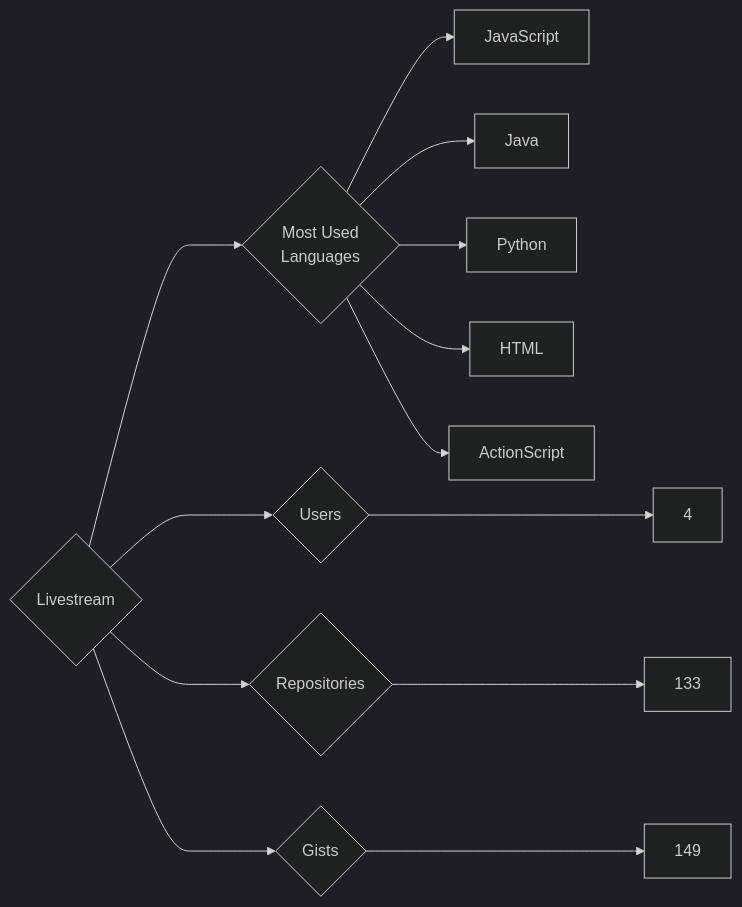
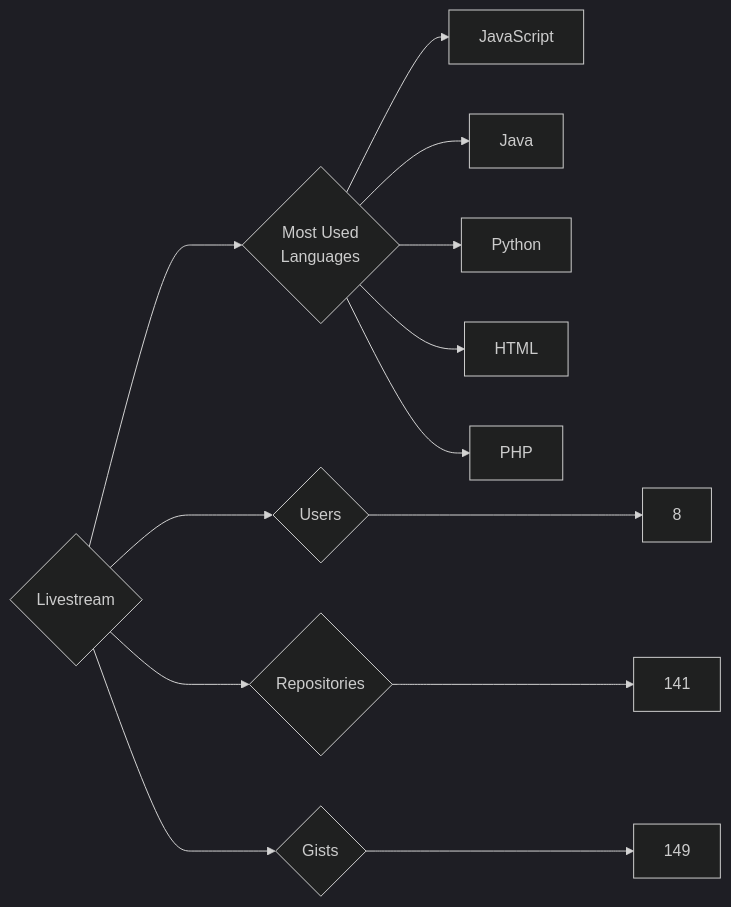
Before and after one commit to trickest/insiders: the diagram in targets/Livestream/README.md, drawn with Mermaid (dark theme). The commit also changed 750 other files, not shown here.

````diff
--- a/targets/Livestream/README.md
+++ b/targets/Livestream/README.md
@@ -3,13 +3,13 @@
 ```mermaid
 graph LR
 COMPANY_NAME{Livestream}
-COMPANY_NAME ---> U{Users} ---> UN[4]
-COMPANY_NAME ---> R{Repositories} ---> RN[133]
+COMPANY_NAME ---> U{Users} ---> UN[8]
+COMPANY_NAME ---> R{Repositories} ---> RN[141]
 COMPANY_NAME ---> G{Gists} ---> GN[149]
 COMPANY_NAME ---> ML{Most Used<br>Languages}
 ML --> JavaScript[JavaScript]
 ML --> Java[Java]
 ML --> Python[Python]
 ML --> HTML[HTML]
-ML --> ActionScript[ActionScript]
+ML --> PHP[PHP]
 ```
````
